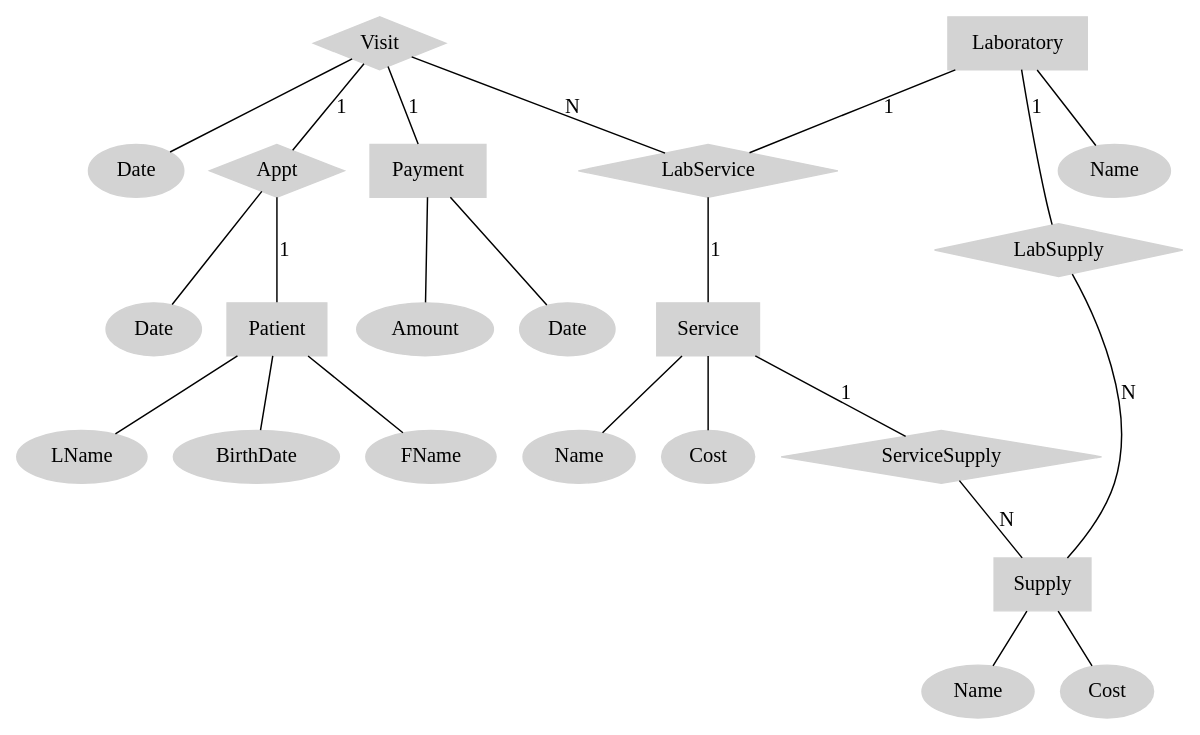
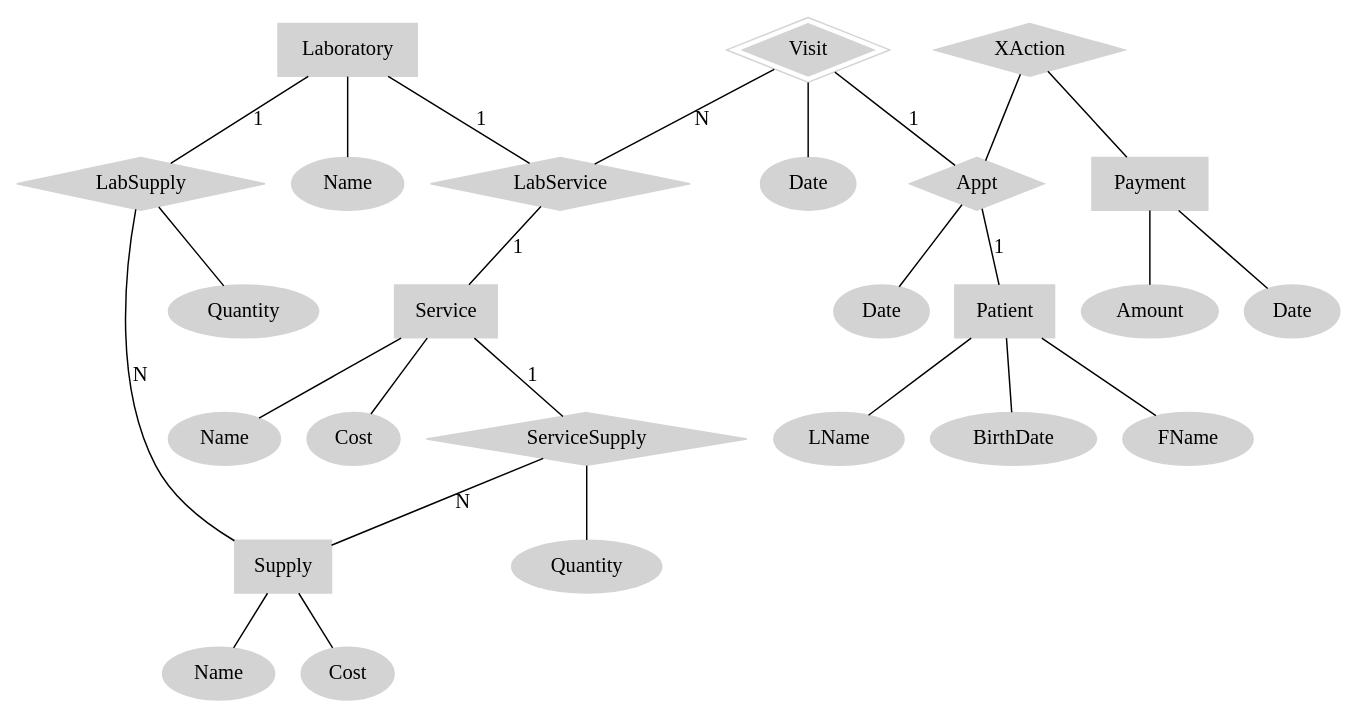
The diagram in doc/er-model.dot (cdosborn/prog-4-cs-460), drawn with Graphviz before and after one commit.

Commit message:
Update er-model to include transactions

```diff
--- a/doc/er-model.dot
+++ b/doc/er-model.dot
@@ -1,28 +1,32 @@
 graph graphname {
     node [shape=diamond,style=filled,color=lightgrey]; Visit; ServiceSupply;
-    LabService; LabSupply; Appt;
+    LabService; LabSupply; Appt; XAction;
     node [shape=box]; Patient; Laboratory; Service; Supply; Payment;
-    node [shape=ellipse]; {node [label="Name"] Name0; Name1; Name2;}; {node [label="Cost"] Cost0; Cost1;}; {node [label="Date"] Date0; Date1; Date2;}
+    node [shape=ellipse]; {node [label="Quantity"] Quantity0; Quantity1;}; {node [label="Name"] Name0; Name1; Name2;}; {node [label="Cost"] Cost0; Cost1;}; {node [label="Date"] Date0; Date1; Date2;}
     Service -- Cost0
     Service -- Name0
     Service -- ServiceSupply [label="1",len=1.00]
     ServiceSupply -- Supply  [label="N",len=1.00]
+    ServiceSupply -- Quantity1
     Appt -- Patient [label="1",len=1.00];
     Appt -- Date2 
     Patient -- FName
     Patient -- LName
     Patient -- BirthDate
     Visit -- LabService [label="N",len=1.00];
-    Visit -- Payment [label="1",len=1.00];
     Visit -- Date0
     Visit -- Appt [label="1",len=1.00];
+    Visit [peripheries=2,color="black:invis:black", style=filled,color=lightgrey];
     Payment -- Amount
     Payment -- Date1
     Laboratory -- LabService [label="1",len=1.00];
     LabService -- Service    [label="1",len=1.00];
     Laboratory -- LabSupply [label="1",len=1.00];
     Laboratory -- Name2
     LabSupply -- Supply    [label="N",len=1.00];
+    LabSupply -- Quantity0
     Supply -- Cost1
     Supply -- Name1
+    XAction -- Appt
+    XAction -- Payment
 }
```
